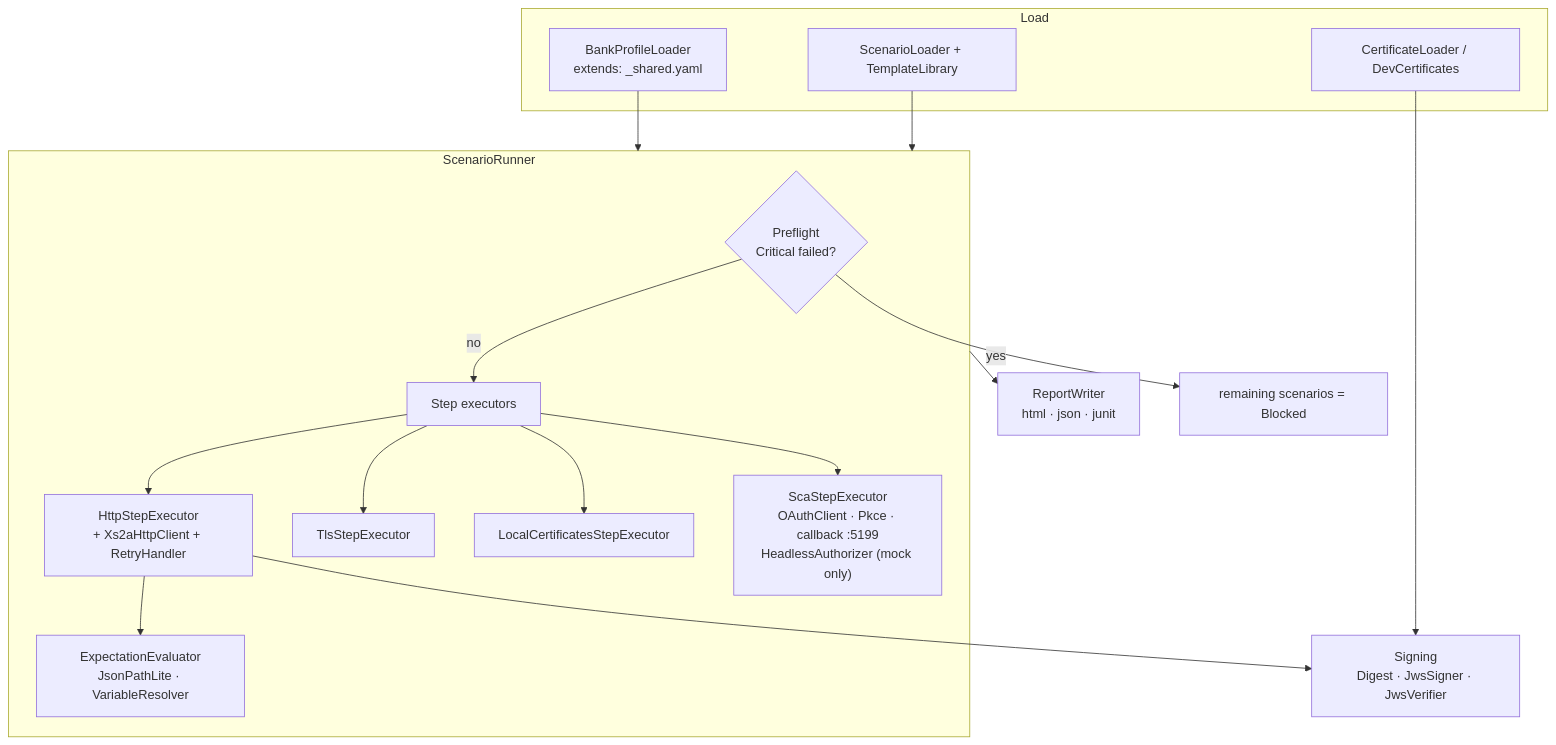
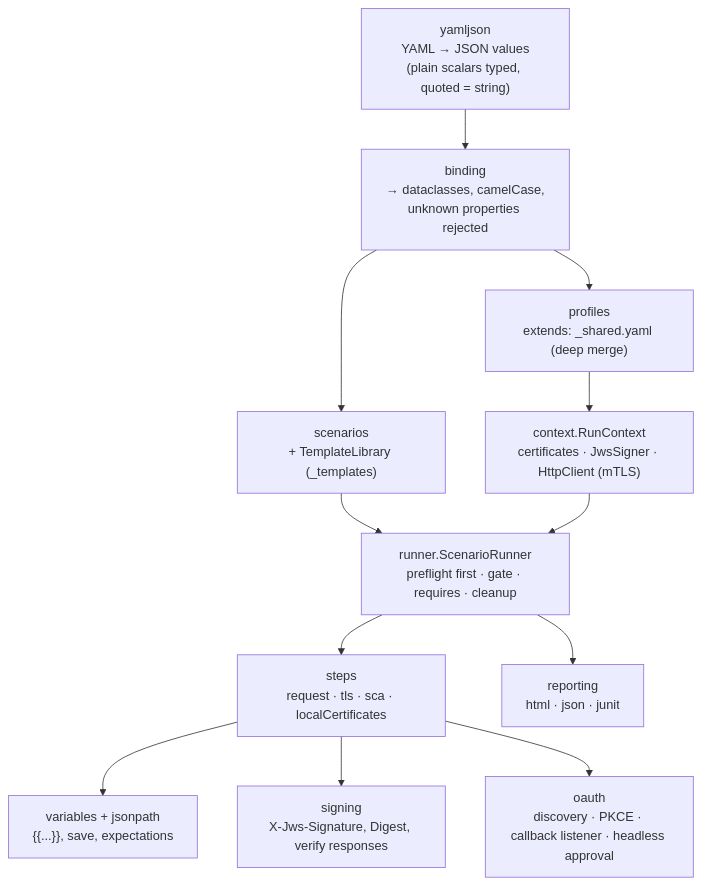
The second of 3 diagrams in ARCHITECTURE.md (levan-petrosiani/Aurasoft-Monitoring), drawn with Mermaid before and after one commit. The commit also changed other lines of this file and 204 other files, not shown here.

````diff
--- a/ARCHITECTURE.md
+++ b/ARCHITECTURE.md
@@ -112,31 +49,14 @@
 ```mermaid
 flowchart TB
-    subgraph Load["Load"]
-        BPL["BankProfileLoader<br/>extends: _shared.yaml"]
-        SL["ScenarioLoader + TemplateLibrary"]
-        CL["CertificateLoader / DevCertificates"]
-    end
-
-    subgraph Run["ScenarioRunner"]
-        Gate{"Preflight<br/>Critical failed?"}
-        Exec["Step executors"]
-        HTTP["HttpStepExecutor<br/>+ Xs2aHttpClient + RetryHandler"]
-        TLS["TlsStepExecutor"]
-        LC["LocalCertificatesStepExecutor"]
-        SCA["ScaStepExecutor<br/>OAuthClient · Pkce · callback :5199<br/>HeadlessAuthorizer (mock only)"]
-        Eval["ExpectationEvaluator<br/>JsonPathLite · VariableResolver"]
-    end
-
-    Sign["Signing<br/>Digest · JwsSigner · JwsVerifier"]
-    RW["ReportWriter<br/>html · json · junit"]
-
-    BPL --> Run
-    SL --> Run
-    CL --> Sign
-    Gate -- "no" --> Exec
-    Gate -- "yes" --> Blocked["remaining scenarios = Blocked"]
-    Exec --> HTTP & TLS & LC & SCA
-    HTTP --> Sign
-    HTTP --> Eval
-    Run --> RW
+    Y["yamljson<br/>YAML → JSON values<br/>(plain scalars typed, quoted = string)"] --> B["binding<br/>→ dataclasses, camelCase,<br/>unknown properties rejected"]
+    B --> P["profiles<br/>extends: _shared.yaml (deep merge)"]
+    B --> S["scenarios<br/>+ TemplateLibrary (_templates)"]
+    P --> C["context.RunContext<br/>certificates · JwsSigner · HttpClient (mTLS)"]
+    S --> R["runner.ScenarioRunner<br/>preflight first · gate · requires · cleanup"]
+    C --> R
+    R --> St["steps<br/>request · tls · sca · localCertificates"]
+    St --> V["variables + jsonpath<br/>{{...}}, save, expectations"]
+    St --> Sig["signing<br/>X-Jws-Signature, Digest, verify responses"]
+    St --> O["oauth<br/>discovery · PKCE · callback listener · headless approval"]
+    R --> Rep["reporting<br/>html · json · junit"]
 ```
````
